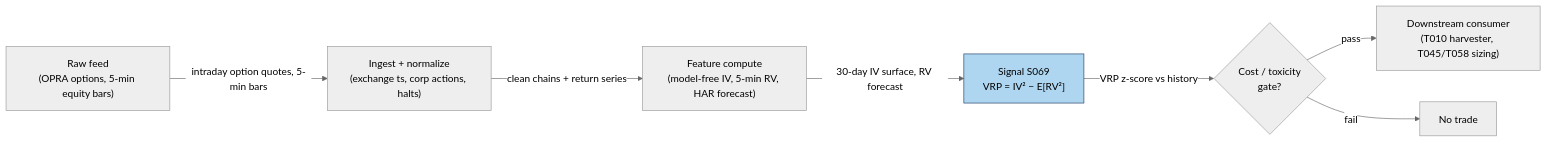
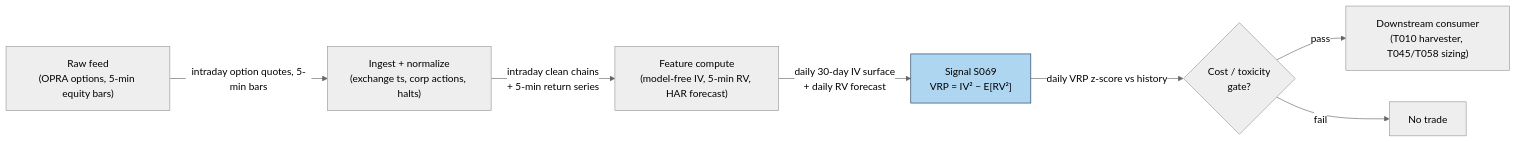
One commit to praveenguptahcl/quant-signals-deep changed the diagram in batches/SB8/S069.md. Above: the diagram before and after it, drawn with Mermaid (neutral theme). The commit also changed other lines of this file and 49 other files, not shown here.

````diff
--- a/batches/SB8/S069.md
+++ b/batches/SB8/S069.md
@@ -155,10 +155,10 @@
 ```mermaid
 flowchart LR
     FEED["Raw feed\n(OPRA options, 5-min equity bars)"] -->|intraday option quotes, 5-min bars| ING["Ingest + normalize\n(exchange ts, corp actions, halts)"]
-    ING -->|clean chains + return series| FEAT["Feature compute\n(model-free IV, 5-min RV, HAR forecast)"]
-    FEAT -->|30-day IV surface, RV forecast| SIG["Signal S069\nVRP = IV² − E[RV²]"]
-    SIG -->|VRP z-score vs history| GATE{"Cost / toxicity\ngate?"}
+    ING -->|"intraday clean chains\n+ 5-min return series"| FEAT["Feature compute\n(model-free IV, 5-min RV, HAR forecast)"]
+    FEAT -->|"daily 30-day IV surface\n+ daily RV forecast"| SIG["Signal S069\nVRP = IV² − E[RV²]"]
+    SIG -->|"daily VRP z-score vs history"| GATE{"Cost / toxicity\ngate?"}
     GATE -->|pass| OUT["Downstream consumer\n(T010 harvester, T045/T058 sizing)"]
     GATE -->|fail| DROP["No trade"]
     style SIG fill:#aed6f1,stroke:#1f3a5f
 ```
````
